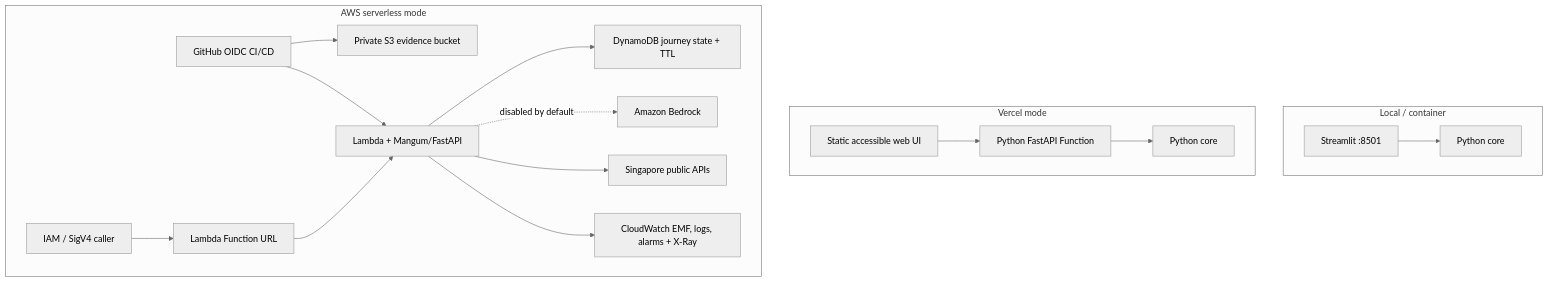
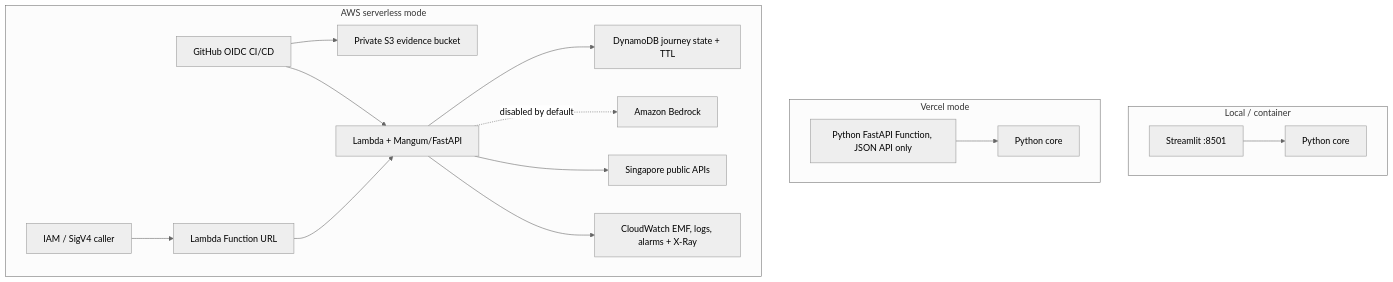
One commit to BarneyLaw/simplify-next changed the second of 2 diagrams in ARCHITECTURE.md. Above: the diagram before and after it, drawn with Mermaid (neutral theme). The commit also changed other lines of this file and 5 other files, not shown here.

````diff
--- a/ARCHITECTURE.md
+++ b/ARCHITECTURE.md
@@ -106,20 +106,19 @@
 ```mermaid
 flowchart TB
     subgraph Local[Local / container]
       ST[Streamlit :8501] --> CORE[Python core]
     end
     subgraph Vercel[Vercel mode]
-      WEB[Static accessible web UI] --> VF[Python FastAPI Function]
-      VF --> CORE2[Python core]
+      VF[Python FastAPI Function, JSON API only] --> CORE2[Python core]
     end
     subgraph AWS[AWS serverless mode]
       CI[GitHub OIDC CI/CD] --> S3[Private S3 evidence bucket]
       CI --> LF
       IAM[IAM / SigV4 caller] --> URL[Lambda Function URL]
       URL --> LF[Lambda + Mangum/FastAPI]
       LF --> DB[DynamoDB journey state + TTL]
       LF -. disabled by default .-> BR[Amazon Bedrock]
       LF --> EXT[Singapore public APIs]
       LF --> CW[CloudWatch EMF, logs, alarms + X-Ray]
     end
 ```
````
